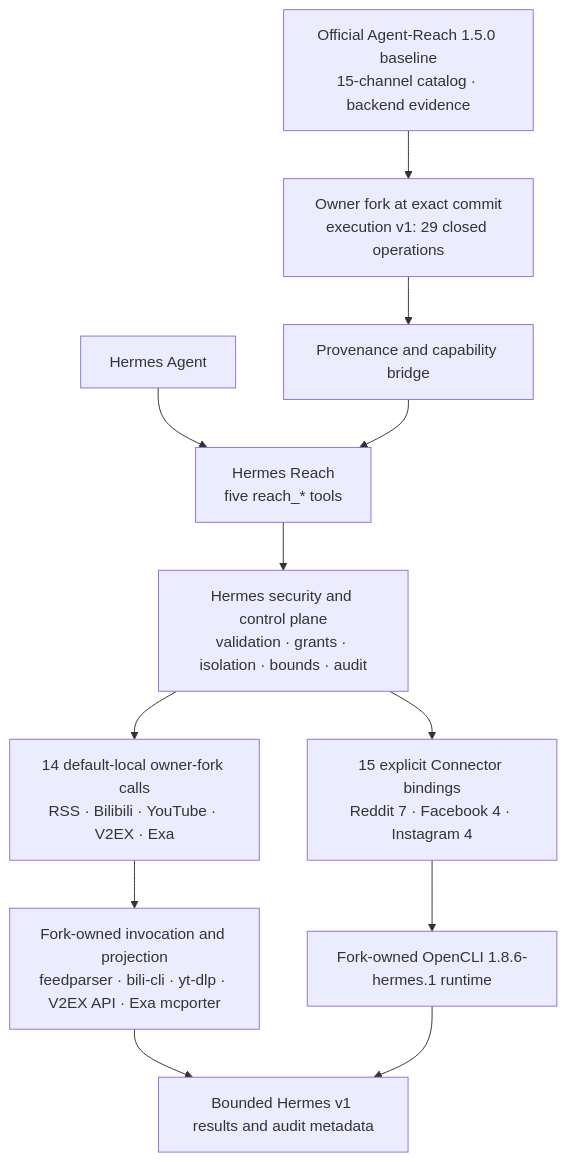
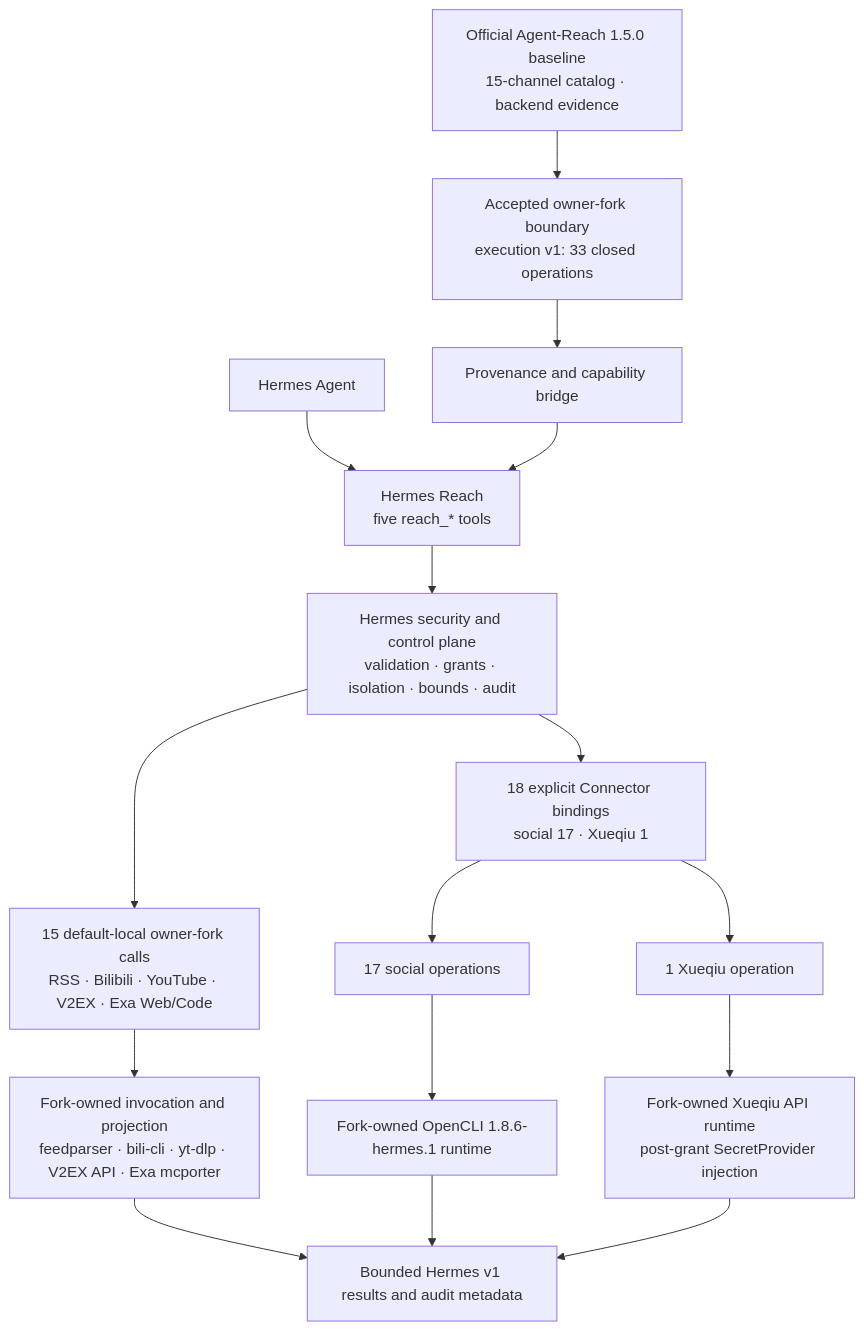
The first of 2 diagrams in README_EN.md (izumi0uu/hermes-reach), drawn with Mermaid before and after one commit. The commit also changed other lines of this file and 61 other files, not shown here.

Commit message:
feat(agent-reach): add non-github search batch

````diff
--- a/README_EN.md
+++ b/README_EN.md
@@ -369,14 +396,18 @@
 ```mermaid
 flowchart TD
     Hermes["Hermes Agent"] --> Plugin["Hermes Reach<br/>five reach_* tools"]
-    Upstream["Official Agent-Reach 1.5.0 baseline<br/>15-channel catalog · backend evidence"] --> Fork["Owner fork at exact commit<br/>execution v1: 29 closed operations"]
+    Upstream["Official Agent-Reach 1.5.0 baseline<br/>15-channel catalog · backend evidence"] --> Fork["Accepted owner-fork boundary<br/>execution v1: 33 closed operations"]
     Fork --> Bridge["Provenance and capability bridge"]
     Bridge --> Plugin
     Plugin --> Guard["Hermes security and control plane<br/>validation · grants · isolation · bounds · audit"]
-    Guard --> ForkOps["14 default-local owner-fork calls<br/>RSS · Bilibili · YouTube · V2EX · Exa"]
-    Guard --> Connector["15 explicit Connector bindings<br/>Reddit 7 · Facebook 4 · Instagram 4"]
+    Guard --> ForkOps["15 default-local owner-fork calls<br/>RSS · Bilibili · YouTube · V2EX · Exa Web/Code"]
+    Guard --> Connector["18 explicit Connector bindings<br/>social 17 · Xueqiu 1"]
     ForkOps --> ForkBackends["Fork-owned invocation and projection<br/>feedparser · bili-cli · yt-dlp · V2EX API · Exa mcporter"]
-    Connector --> OpenCLI["Fork-owned OpenCLI 1.8.6-hermes.1 runtime"]
+    Connector --> Social["17 social operations"]
+    Connector --> Xueqiu["1 Xueqiu operation"]
+    Social --> OpenCLI["Fork-owned OpenCLI 1.8.6-hermes.1 runtime"]
+    Xueqiu --> XueqiuAPI["Fork-owned Xueqiu API runtime<br/>post-grant SecretProvider injection"]
     ForkBackends --> Results["Bounded Hermes v1 results and audit metadata"]
     OpenCLI --> Results
+    XueqiuAPI --> Results
 ```
````
